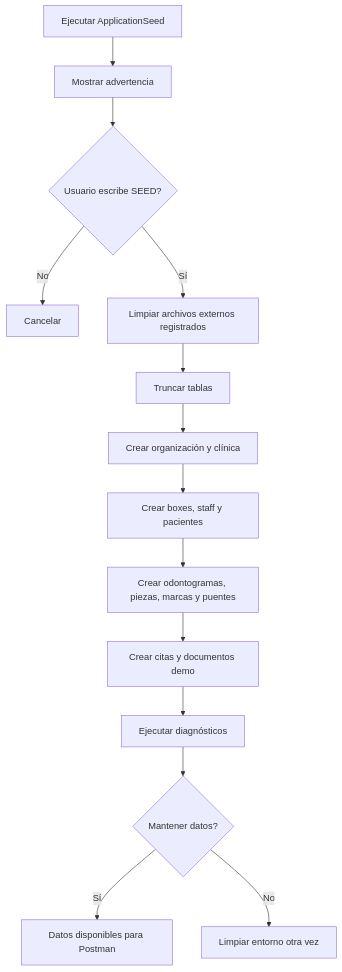
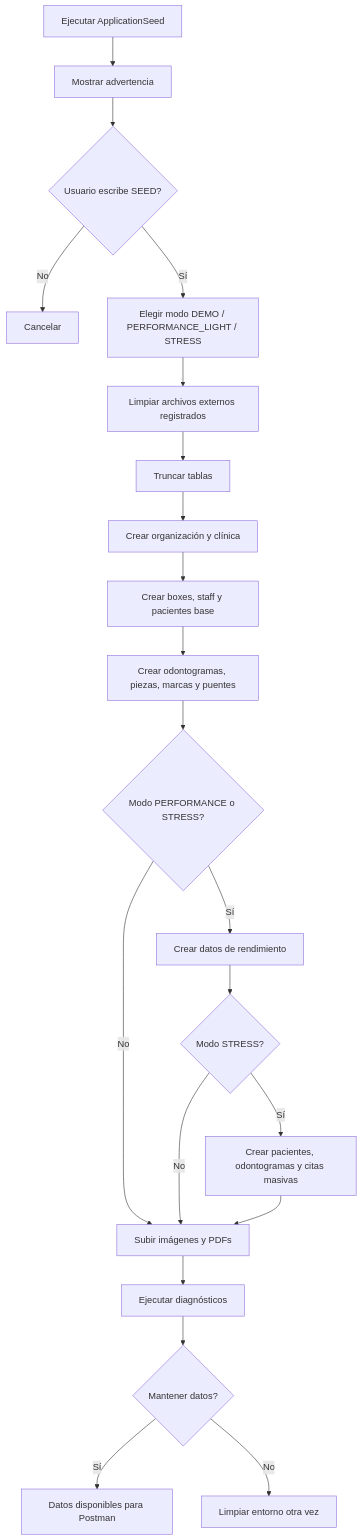
Before and after one commit to Eskibal/DentalPlus_Backend: the tenth of 11 diagrams in README.md, drawn with Mermaid. The commit also changed other lines of this file and 57 other files, not shown here.

Commit message:
Fix #24 chore: update stress seed, Postman defaults and README

````diff
--- a/README.md
+++ b/README.md
@@ -1947,16 +2128,23 @@
 ```mermaid
 flowchart TD
     A[Ejecutar ApplicationSeed] --> B[Mostrar advertencia]
     B --> C{Usuario escribe SEED?}
     C -- No --> X[Cancelar]
-    C -- Sí --> D[Limpiar archivos externos registrados]
-    D --> E[Truncar tablas]
-    E --> F[Crear organización y clínica]
-    F --> G[Crear boxes, staff y pacientes]
-    G --> H[Crear odontogramas, piezas, marcas y puentes]
-    H --> I[Crear citas y documentos demo]
-    I --> J[Ejecutar diagnósticos]
-    J --> K{Mantener datos?}
-    K -- Sí --> L[Datos disponibles para Postman]
-    K -- No --> M[Limpiar entorno otra vez]
+    C -- Sí --> D[Elegir modo DEMO / PERFORMANCE_LIGHT / STRESS]
+    D --> E[Limpiar archivos externos registrados]
+    E --> F[Truncar tablas]
+    F --> G[Crear organización y clínica]
+    G --> H[Crear boxes, staff y pacientes base]
+    H --> I[Crear odontogramas, piezas, marcas y puentes]
+    I --> J{Modo PERFORMANCE o STRESS?}
+    J -- Sí --> K[Crear datos de rendimiento]
+    J -- No --> M[Subir archivos externos]
+    K --> L{Modo STRESS?}
+    L -- Sí --> N[Crear pacientes, odontogramas y citas masivas]
+    L -- No --> M
+    N --> M[Subir imágenes y PDFs]
+    M --> O[Ejecutar diagnósticos]
+    O --> P{Mantener datos?}
+    P -- Sí --> Q[Datos disponibles para Postman]
+    P -- No --> R[Limpiar entorno otra vez]
 ```
````
